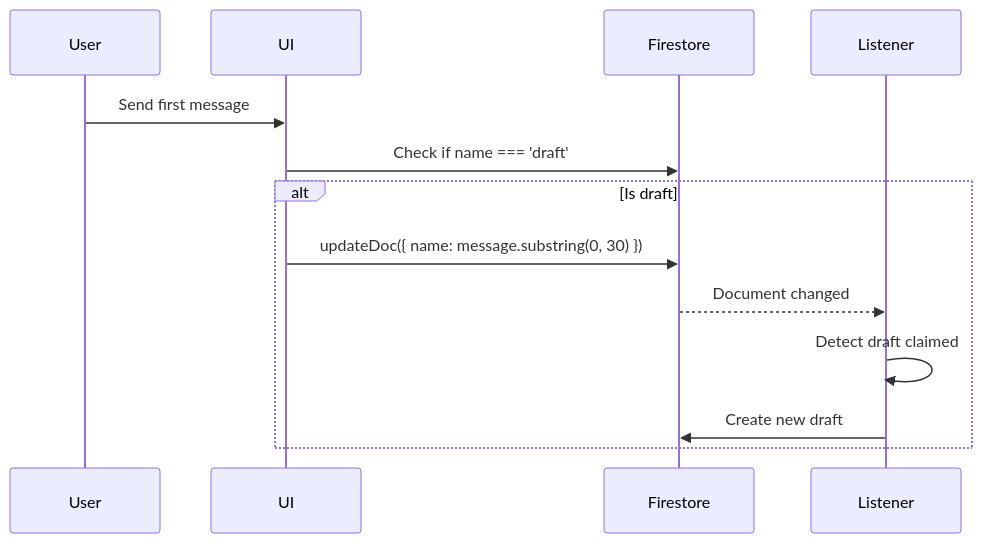
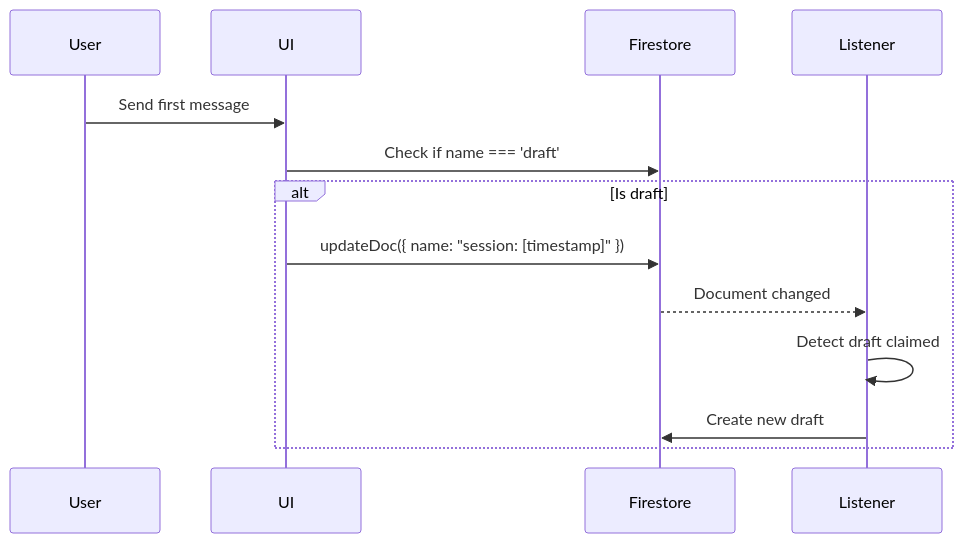
Before and after one commit to knotking/asset-mem: the second of 2 diagrams in apps/common/docs/SESSION_MANAGEMENT.md, drawn with Mermaid. The commit also changed other lines of this file and 2 other files, not shown here.

Commit message:
default session naming

````diff
--- a/apps/common/docs/SESSION_MANAGEMENT.md
+++ b/apps/common/docs/SESSION_MANAGEMENT.md
@@ -132,17 +132,17 @@
 ```mermaid
 sequenceDiagram
     participant User
     participant UI
     participant Firestore
     participant Listener
 
     User->>UI: Send first message
     UI->>Firestore: Check if name === 'draft'
 
     alt Is draft
-        UI->>Firestore: updateDoc({ name: message.substring(0, 30) })
+        UI->>Firestore: updateDoc({ name: "session: [timestamp]" })
         Firestore-->>Listener: Document changed
         Listener->>Listener: Detect draft claimed
         Listener->>Firestore: Create new draft
     end
 ```
````
